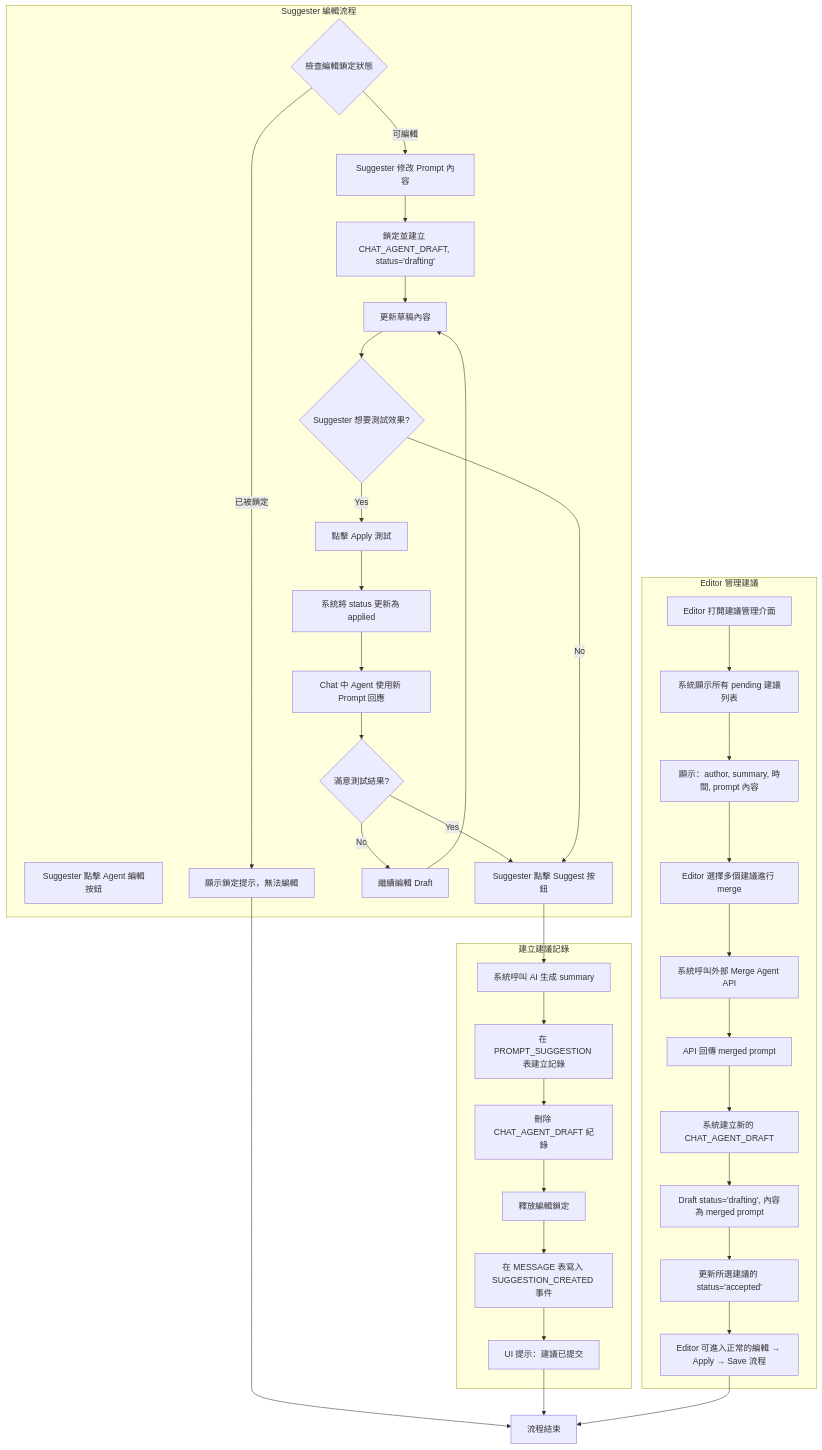
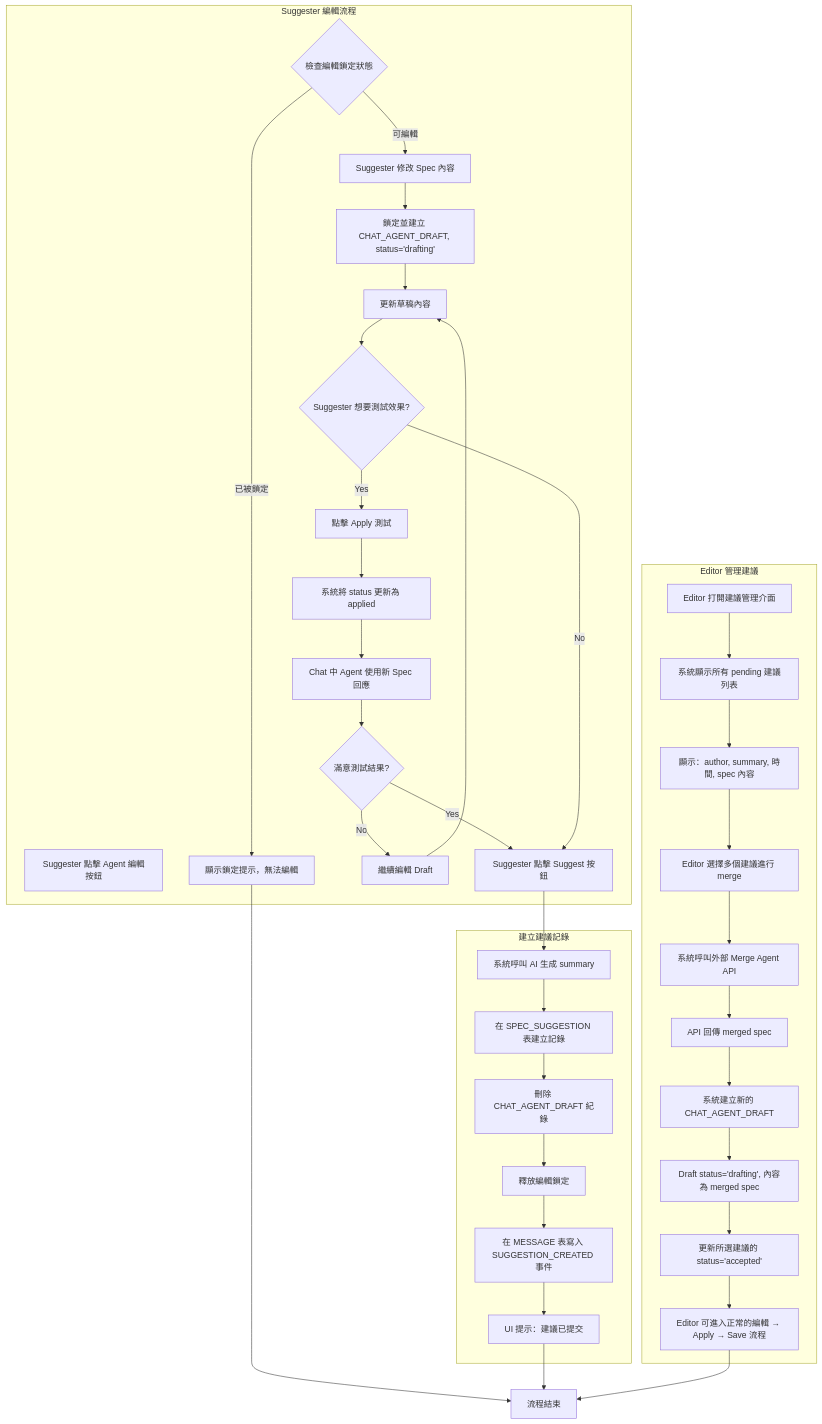
Before and after one commit to zhowzeng/v2-design-doc: the seventh of 7 diagrams in design_doc.md, drawn with Mermaid. The commit also changed other lines of this file, not shown here.

Commit message:
更新設計文件，修正參與者類型描述，調整 Prompt 為 Spec 的用語，優化系統架構與業務流程說明

````diff
--- a/design_doc.md
+++ b/design_doc.md
@@ -474,49 +476,49 @@
 ```mermaid
 graph TD
     subgraph Phase1 [Suggester 編輯流程]
         A1[Suggester 點擊 Agent 編輯按鈕]
         A2{檢查編輯鎖定狀態}
         A2 -- 已被鎖定 --> A3[顯示鎖定提示，無法編輯]
-        A2 -- 可編輯 --> A4[Suggester 修改 Prompt 內容]
+        A2 -- 可編輯 --> A4[Suggester 修改 Spec 內容]
         A4 --> A5[鎖定並建立 CHAT_AGENT_DRAFT, status='drafting']
         A5 --> A6[更新草稿內容]
         A6 --> A7{Suggester 想要測試效果?}
         A7 -- Yes --> A8[點擊 Apply 測試]
         A8 --> A9[系統將 status 更新為 applied]
-        A9 --> A10[Chat 中 Agent 使用新 Prompt 回應]
+        A9 --> A10[Chat 中 Agent 使用新 Spec 回應]
         A10 --> A11{滿意測試結果?}
         A11 -- No --> A12[繼續編輯 Draft]
         A12 --> A6
         A11 -- Yes --> A13[Suggester 點擊 Suggest 按鈕]
         A7 -- No --> A13
     end
     
     subgraph Phase2 [建立建議記錄]
         B1[系統呼叫 AI 生成 summary]
-        B2[在 PROMPT_SUGGESTION 表建立記錄]
+        B2[在 SPEC_SUGGESTION 表建立記錄]
         B3[刪除 CHAT_AGENT_DRAFT 紀錄]
         B4[釋放編輯鎖定]
         B5[在 MESSAGE 表寫入 SUGGESTION_CREATED 事件]
         B6[UI 提示：建議已提交]
         B1 --> B2 --> B3 --> B4 --> B5 --> B6
     end
     
     subgraph Phase3 [Editor 管理建議]
         C1[Editor 打開建議管理介面]
         C2[系統顯示所有 pending 建議列表]
-        C3[顯示：author, summary, 時間, prompt 內容]
+        C3[顯示：author, summary, 時間, spec 內容]
         C4[Editor 選擇多個建議進行 merge]
         C5[系統呼叫外部 Merge Agent API]
-        C6[API 回傳 merged prompt]
+        C6[API 回傳 merged spec]
         C7[系統建立新的 CHAT_AGENT_DRAFT]
-        C8[Draft status='drafting', 內容為 merged prompt]
+        C8[Draft status='drafting', 內容為 merged spec]
         C9[更新所選建議的 status='accepted']
         C10[Editor 可進入正常的編輯 → Apply → Save 流程]
         C1 --> C2 --> C3 --> C4 --> C5 --> C6 --> C7 --> C8 --> C9 --> C10
     end
     
     A13 --> B1
     A3 --> F[流程結束]
     B6 --> F
     C10 --> F
 ```
````
